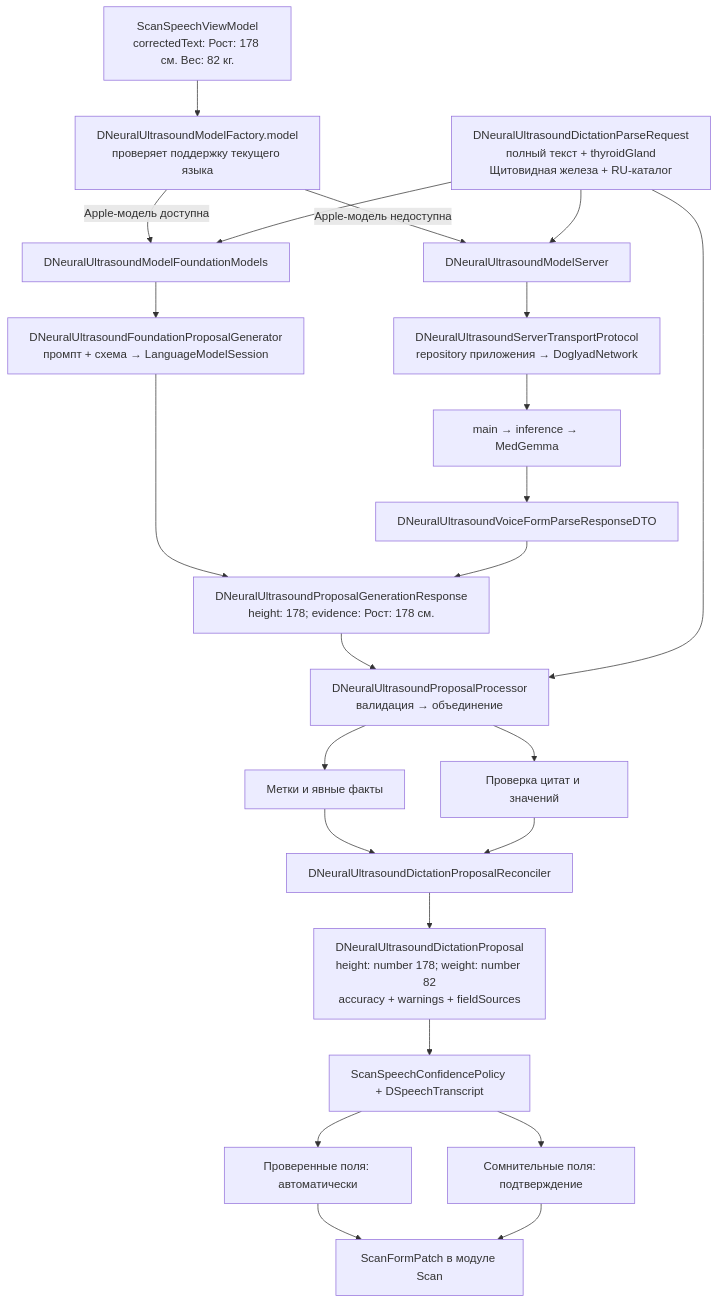
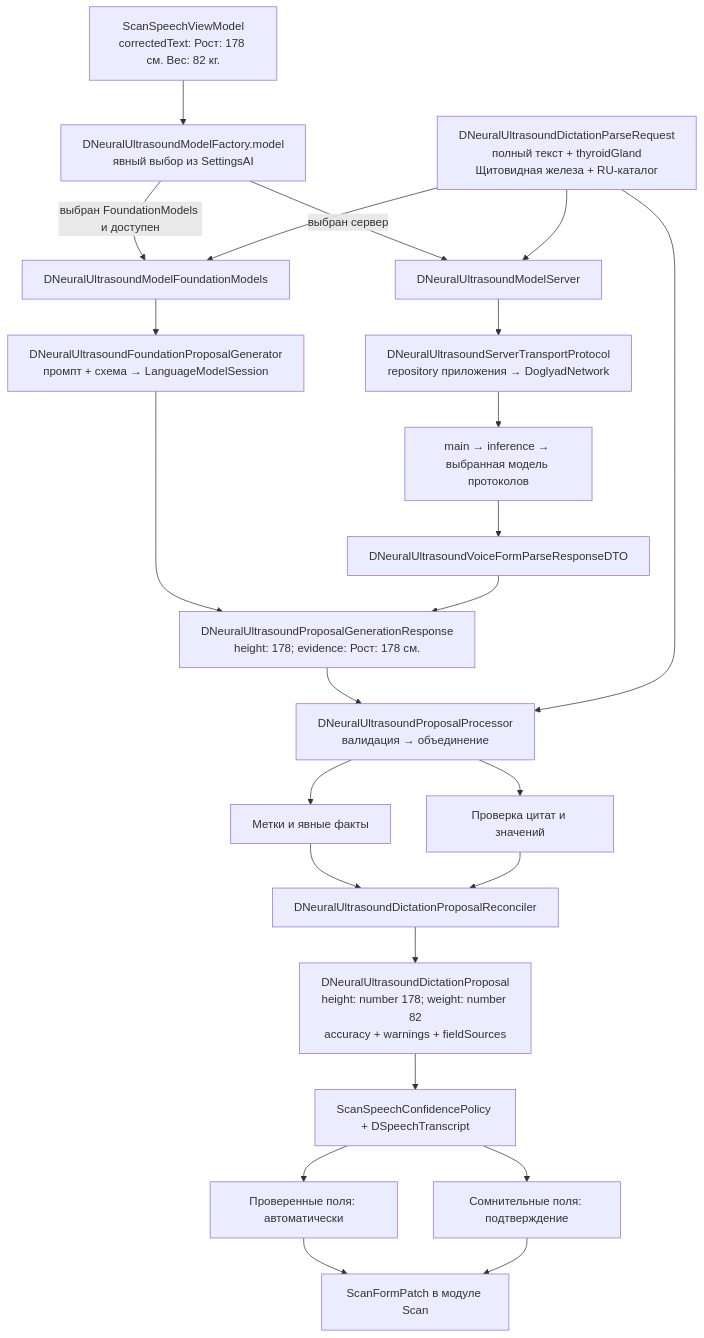
The second of 8 diagrams in ios/DoglyadNeuralModel/README.md (ivangalkindeveloper/DoglyadAI), drawn with Mermaid before and after one commit. The commit also changed other lines of this file and 214 other files, not shown here.

Commit message:
Add unified AI settings and speech engine selection

````diff
--- a/ios/DoglyadNeuralModel/README.md
+++ b/ios/DoglyadNeuralModel/README.md
@@ -60,26 +60,26 @@
 ```mermaid
 flowchart TD
-    App["ScanSpeechViewModel<br/>correctedText: Рост: 178 см. Вес: 82 кг."] --> Factory["DNeuralUltrasoundModelFactory.model<br/>проверяет поддержку текущего языка"]
-    Factory -->|"Apple-модель доступна"| FM[DNeuralUltrasoundModelFoundationModels]
-    Factory -->|"Apple-модель недоступна"| Server[DNeuralUltrasoundModelServer]
+    App["ScanSpeechViewModel<br/>correctedText: Рост: 178 см. Вес: 82 кг."] --> Factory["DNeuralUltrasoundModelFactory.model<br/>явный выбор из SettingsAI"]
+    Factory -->|"выбран FoundationModels и доступен"| FM[DNeuralUltrasoundModelFoundationModels]
+    Factory -->|"выбран сервер"| Server[DNeuralUltrasoundModelServer]
     FM --> Generator["DNeuralUltrasoundFoundationProposalGenerator<br/>промпт + схема → LanguageModelSession"]
     Server --> Transport["DNeuralUltrasoundServerTransportProtocol<br/>repository приложения → DoglyadNetwork"]
-    Transport --> Backend[main → inference → MedGemma]
+    Transport --> Backend[main → inference → выбранная модель протоколов]
     Generator --> Raw["DNeuralUltrasoundProposalGenerationResponse<br/>height: 178; evidence: Рост: 178 см."]
     Backend --> DTO[DNeuralUltrasoundVoiceFormParseResponseDTO]
     DTO --> Raw
     Raw --> Processor["DNeuralUltrasoundProposalProcessor<br/>валидация → объединение"]
     Request["DNeuralUltrasoundDictationParseRequest<br/>полный текст + thyroidGland<br/>Щитовидная железа + RU-каталог"] --> FM
     Request --> Server
     Request --> Processor
     Processor --> Labels[Метки и явные факты]
     Labels --> Reconcile[DNeuralUltrasoundDictationProposalReconciler]
     Processor --> Validation[Проверка цитат и значений]
     Validation --> Reconcile
     Reconcile --> Result["DNeuralUltrasoundDictationProposal<br/>height: number 178; weight: number 82<br/>accuracy + warnings + fieldSources"]
     Result --> Policy[ScanSpeechConfidencePolicy + DSpeechTranscript]
     Policy --> Auto[Проверенные поля: автоматически]
     Policy --> Review[Сомнительные поля: подтверждение]
     Auto --> Scan[ScanFormPatch в модуле Scan]
     Review --> Scan
 ```
````
